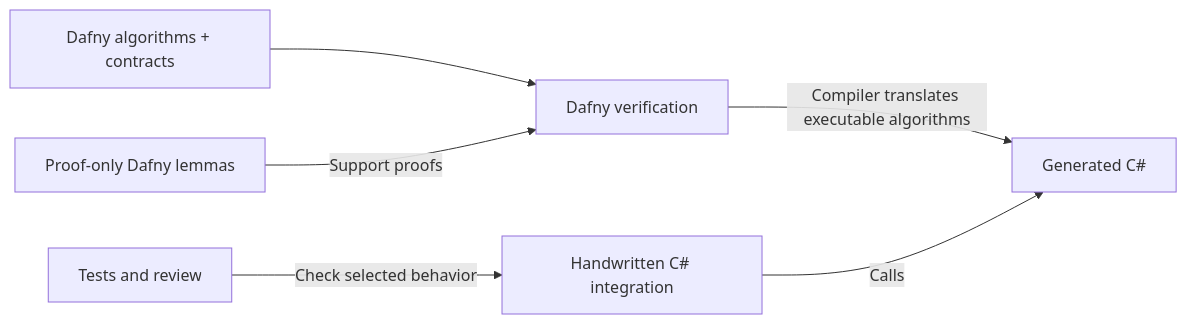
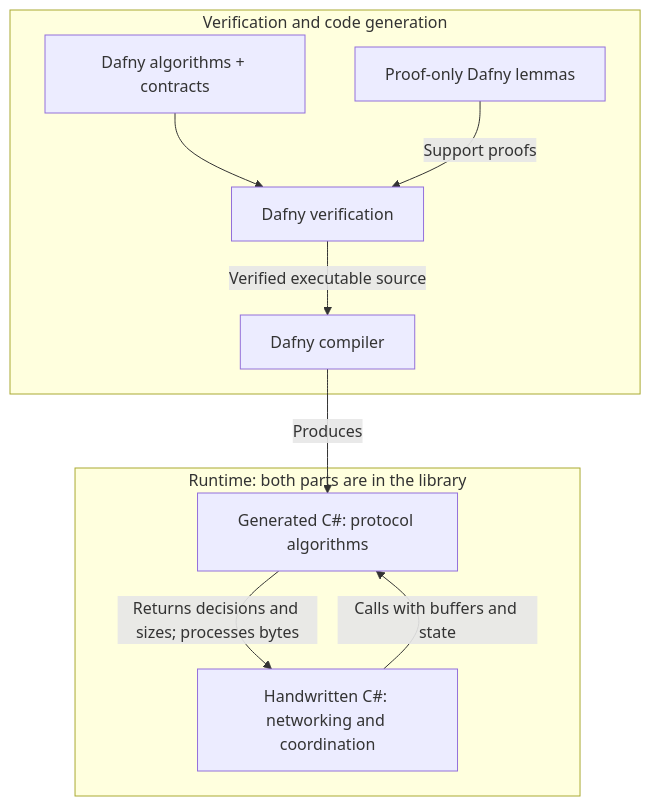
Before and after one commit to 1iveowl/WebsocketClientLite.PCL: the diagram in README.md, drawn with Mermaid. The commit also changed other lines of this file and 1 other file, not shown here.

Commit message:
docs: explain verified core benefits and runtime calls

````diff
--- a/README.md
+++ b/README.md
@@ -33,8 +37,13 @@
 ```mermaid
-flowchart LR
-    D["Dafny algorithms + contracts"] --> V["Dafny verification"]
-    L["Proof-only Dafny lemmas"] -->|Support proofs| V
-    V -->|Compiler translates executable algorithms| G["Generated C#"]
-    H["Handwritten C# integration"] -->|Calls| G
-    T["Tests and review"] -->|Check selected behavior| H
+flowchart TD
+    subgraph Build["Verification and code generation"]
+        D["Dafny algorithms + contracts"] --> V["Dafny verification"]
+        L["Proof-only Dafny lemmas"] -->|Support proofs| V
+        V -->|Verified executable source| C["Dafny compiler"]
+    end
+    C -->|Produces| G
+    subgraph Runtime["Runtime: both parts are in the library"]
+        H["Handwritten C#: networking and coordination"] -->|Calls with buffers and state| G["Generated C#: protocol algorithms"]
+        G -->|Returns decisions and sizes; processes bytes| H
+    end
 ```
````
